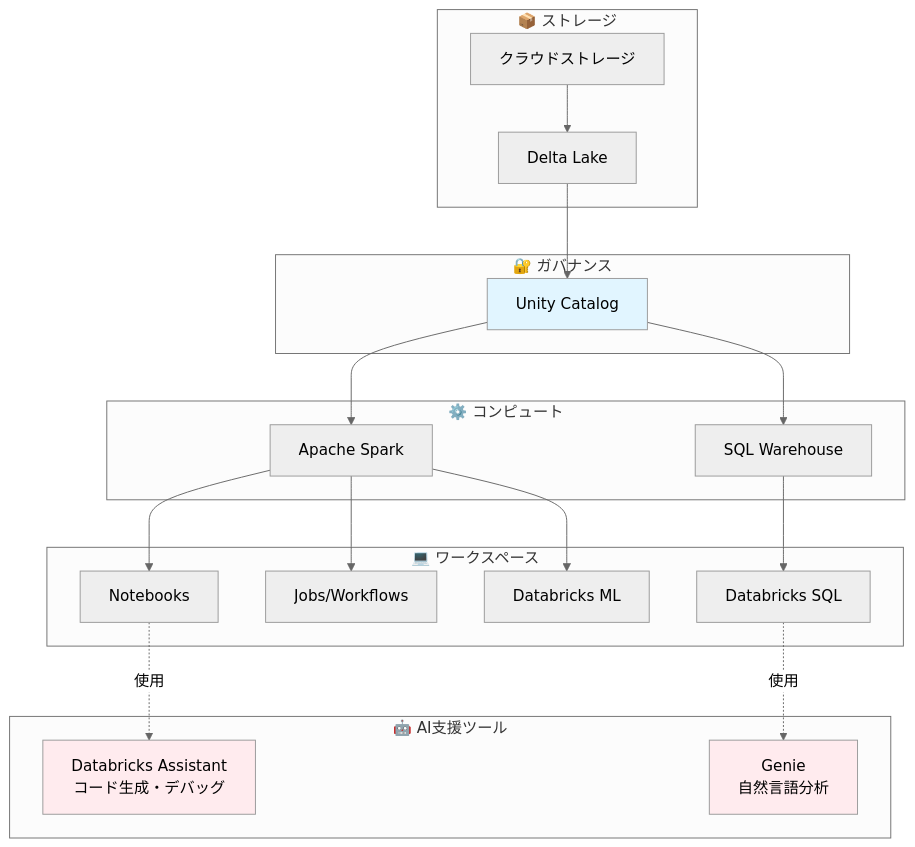
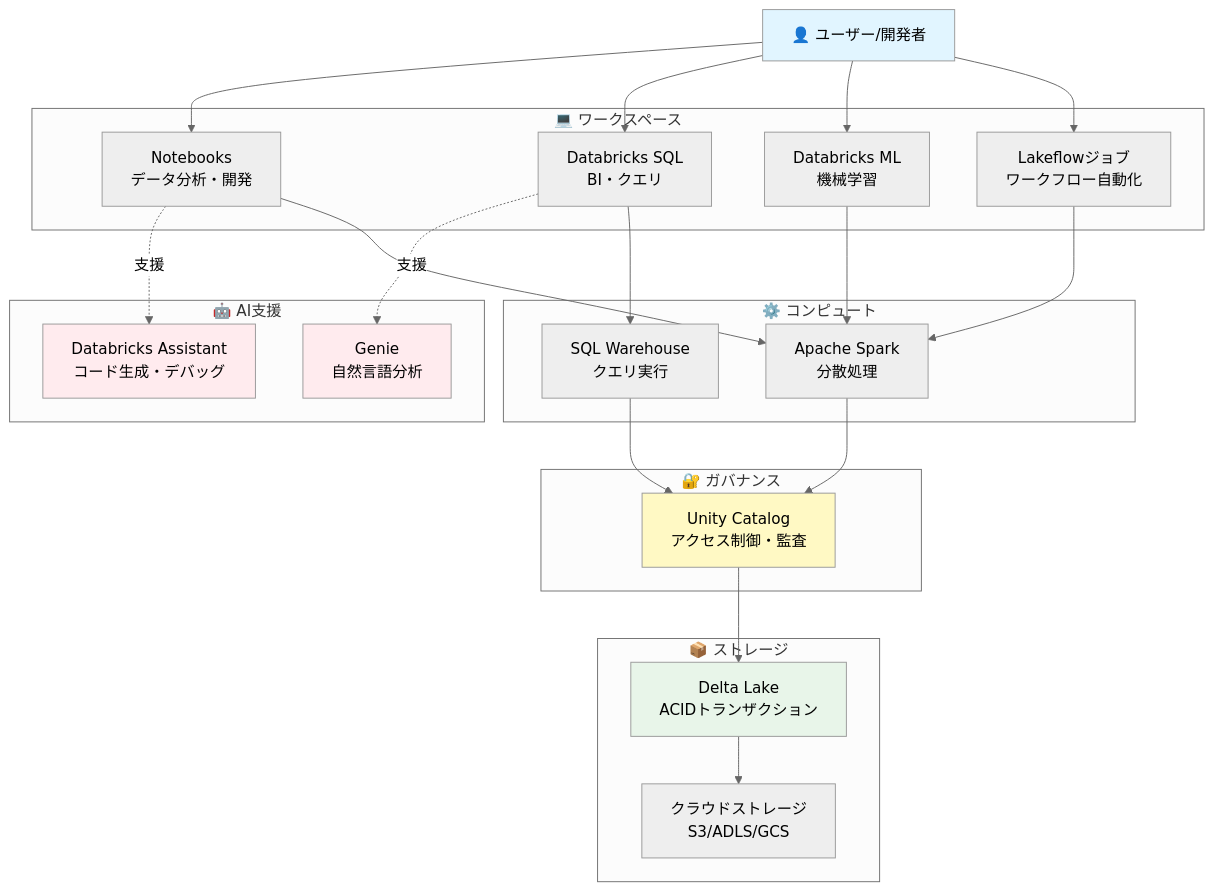
Before and after one commit to taka-yayoi/qiita-articles: the second of 14 diagrams in public/databricks-beginner-learning-path.md, drawn with Mermaid (neutral theme). The commit also changed other lines of this file, not shown here.

Commit message:
アーキテクチャ図をユーザー起点の上から下フローに修正
【修正内容】
1. フローの方向を修正
   - 誤：下から上（ストレージ起点）
   - 正：上から下（ユーザー起点）
   - 自然な読み方：ユーザー → ワークスペース → コンピュート → ガバナンス → ストレージ

2. 用語を最新の正式名称に修正
   - 誤：「Jobs/Workflows」（古い表現）
   - 正：「Lakeflowジョブ」（公式ドキュメント準拠）
   - 参照: https://docs.databricks.com/ja/workflows/index.html

3. フローの説明を追加
   - 各レイヤーの役割を上から下へ順番に説明
   - ユーザーがどのように各コンポーネントを利用するかを明記

🤖 Generated with [Claude Code](https://claude.com/claude-code)

````diff
--- a/public/databricks-beginner-learning-path.md
+++ b/public/databricks-beginner-learning-path.md
@@ -56,44 +56,55 @@
 ```mermaid
-graph TB
-    subgraph Storage["📦 ストレージ"]
-        S3[クラウドストレージ]
-        Delta[Delta Lake]
+graph TD
+    User[👤 ユーザー/開発者]
+
+    subgraph Workspace["💻 ワークスペース"]
+        NB[Notebooks<br/>データ分析・開発]
+        DBSQL[Databricks SQL<br/>BI・クエリ]
+        ML[Databricks ML<br/>機械学習]
+        LFJobs[Lakeflowジョブ<br/>ワークフロー自動化]
     end
 
-    subgraph Governance["🔐 ガバナンス"]
-        UC[Unity Catalog]
-    end
-
-    subgraph Compute["⚙️ コンピュート"]
-        Spark[Apache Spark]
-        SQLWh[SQL Warehouse]
-    end
-
-    subgraph Workspace["💻 ワークスペース"]
-        NB[Notebooks]
-        Jobs[Jobs/Workflows]
-        DBSQL[Databricks SQL]
-        ML[Databricks ML]
-    end
-
-    subgraph Tools["🤖 AI支援ツール"]
+    subgraph AI["🤖 AI支援"]
         Assistant[Databricks Assistant<br/>コード生成・デバッグ]
         Genie[Genie<br/>自然言語分析]
     end
 
-    S3 --> Delta
-    Delta --> UC
-    UC --> Spark
-    UC --> SQLWh
-    Spark --> NB
-    Spark --> Jobs
-    Spark --> ML
-    SQLWh --> DBSQL
+    subgraph Compute["⚙️ コンピュート"]
+        Spark[Apache Spark<br/>分散処理]
+        SQLWh[SQL Warehouse<br/>クエリ実行]
+    end
 
-    NB -.使用.-> Assistant
-    DBSQL -.使用.-> Genie
+    subgraph Governance["🔐 ガバナンス"]
+        UC[Unity Catalog<br/>アクセス制御・監査]
+    end
 
-    style UC fill:#e1f5ff
+    subgraph Storage["📦 ストレージ"]
+        Delta[Delta Lake<br/>ACIDトランザクション]
+        S3[クラウドストレージ<br/>S3/ADLS/GCS]
+    end
+
+    User --> NB
+    User --> DBSQL
+    User --> ML
+    User --> LFJobs
+
+    NB -.支援.-> Assistant
+    DBSQL -.支援.-> Genie
+
+    NB --> Spark
+    DBSQL --> SQLWh
+    ML --> Spark
+    LFJobs --> Spark
+
+    Spark --> UC
+    SQLWh --> UC
+
+    UC --> Delta
+    Delta --> S3
+
+    style User fill:#e1f5ff
     style Assistant fill:#ffebee
     style Genie fill:#ffebee
+    style UC fill:#fff9c4
+    style Delta fill:#e8f5e9
 ```
````
